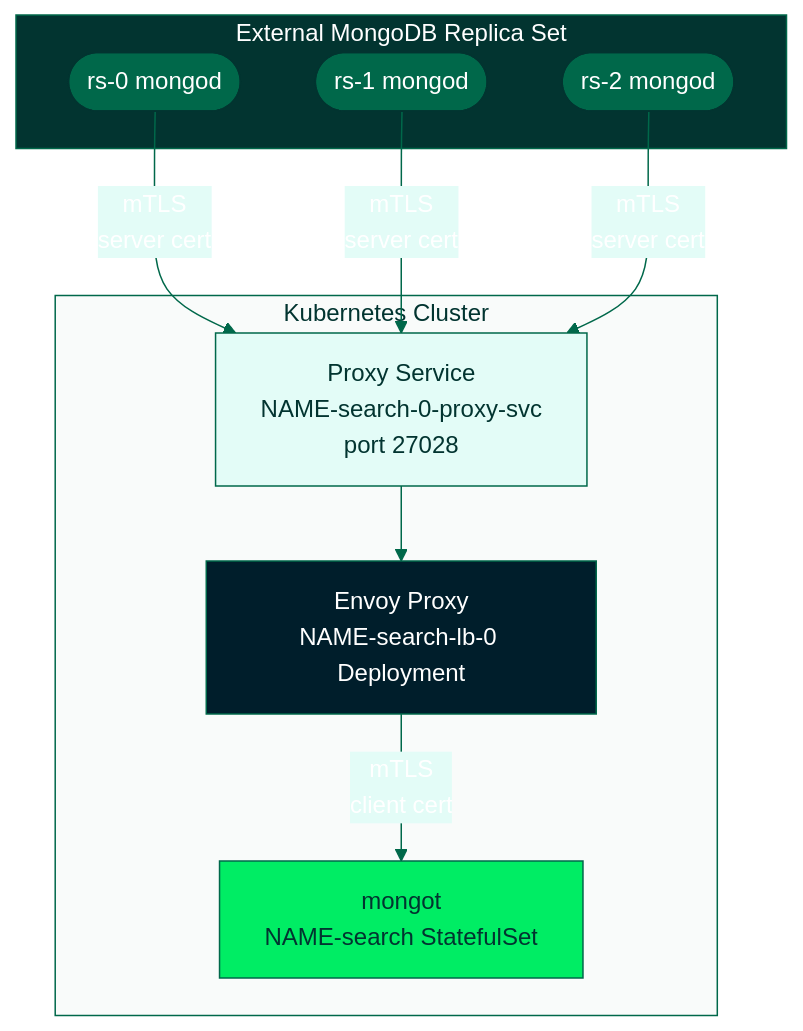
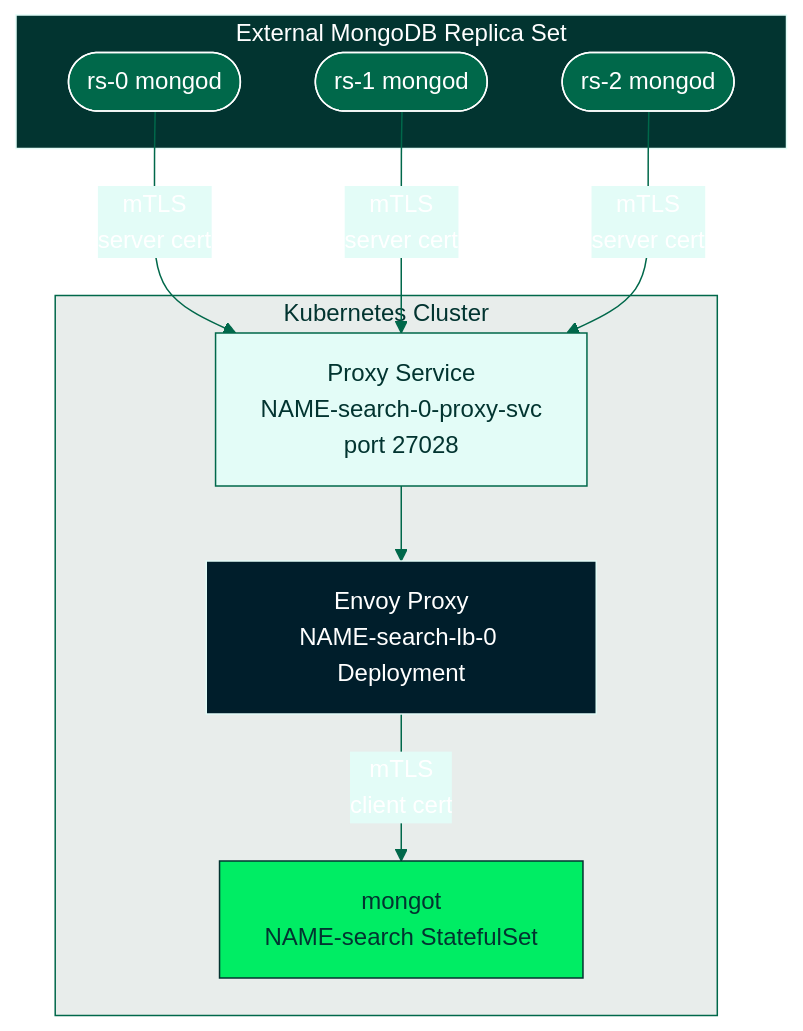
One commit to mongodb/mongodb-kubernetes changed the first of 2 diagrams in docs/search/10-search-external-rs-mongod-managed-lb/README.md. Above: the diagram before and after it, drawn with Mermaid. The commit also changed other lines of this file and 3 other files, not shown here.

Commit message:
Fix Mermaid rendering: use YAML config, inline styles, no HTML tags

````diff
--- a/docs/search/10-search-external-rs-mongod-managed-lb/README.md
+++ b/docs/search/10-search-external-rs-mongod-managed-lb/README.md
@@ -13,40 +13,40 @@
 ```mermaid
 ---
 config:
   theme: base
   themeVariables:
     primaryColor: "#00684A"
     primaryTextColor: "#fff"
     primaryBorderColor: "#023430"
     lineColor: "#00684A"
     secondaryColor: "#E3FCF7"
     tertiaryColor: "#F9FBFA"
 ---
 graph TD
     subgraph ext["External MongoDB Replica Set"]
         rs0(["rs-0 mongod"])
         rs1(["rs-1 mongod"])
         rs2(["rs-2 mongod"])
     end
 
     subgraph k8s["Kubernetes Cluster"]
         ps["Proxy Service\nNAME-search-0-proxy-svc\nport 27028"]
         envoy["Envoy Proxy\nNAME-search-lb-0 Deployment"]
         mongot["mongot\nNAME-search StatefulSet"]
     end
 
     rs0 -- "mTLS\nserver cert" --> ps
     rs1 -- "mTLS\nserver cert" --> ps
     rs2 -- "mTLS\nserver cert" --> ps
     ps --> envoy
     envoy -- "mTLS\nclient cert" --> mongot
 
-    style rs0 fill:#00684A,stroke:#023430,color:#fff
-    style rs1 fill:#00684A,stroke:#023430,color:#fff
-    style rs2 fill:#00684A,stroke:#023430,color:#fff
+    style rs0 fill:#00684A,stroke:#fff,color:#fff
+    style rs1 fill:#00684A,stroke:#fff,color:#fff
+    style rs2 fill:#00684A,stroke:#fff,color:#fff
     style ps fill:#E3FCF7,stroke:#00684A,color:#023430
-    style envoy fill:#001E2B,stroke:#00684A,color:#fff
-    style mongot fill:#00ED64,stroke:#00684A,color:#023430
-    style ext fill:#023430,stroke:#00684A,color:#fff
-    style k8s fill:#F9FBFA,stroke:#00684A,color:#023430
+    style envoy fill:#001E2B,stroke:#E3FCF7,color:#fff
+    style mongot fill:#00ED64,stroke:#023430,color:#023430
+    style ext fill:#023430,stroke:#E3FCF7,color:#fff
+    style k8s fill:#E8EDEB,stroke:#00684A,color:#023430
 ```
````
